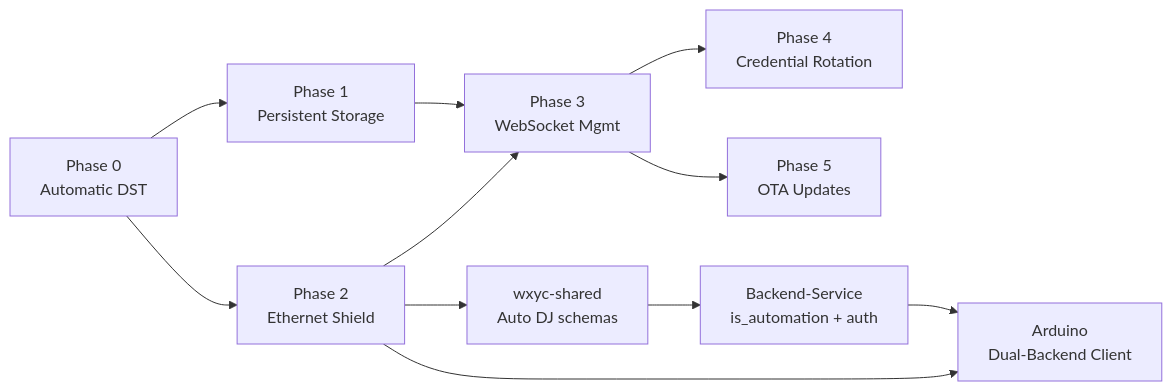
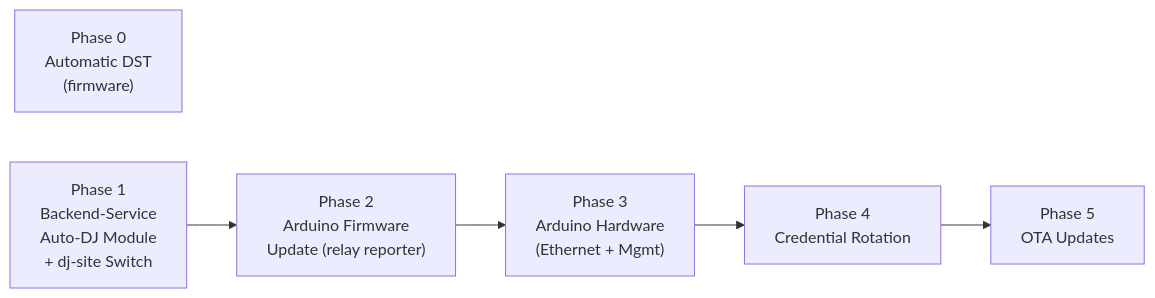
One commit to WXYC/auto-dj-arduino-switch changed diagram 15 of 15 in docs/networking-spec.md. Above: the diagram before and after it, drawn with Mermaid. The commit also changed other lines of this file, not shown here.

First line of the commit message:
Revise networking-spec.md to reflect architecture pivot

````diff
--- a/docs/networking-spec.md
+++ b/docs/networking-spec.md
@@ -2245,13 +2091,19 @@
 ```mermaid
 flowchart LR
-    P0["Phase 0<br>Automatic DST"] --> P1["Phase 1<br>Persistent Storage"]
-    P0 --> P2["Phase 2<br>Ethernet Shield"]
-    P1 --> P3["Phase 3<br>WebSocket Mgmt"]
+    P0["Phase 0<br>Automatic DST<br>(firmware)"]
+
+    P1["Phase 1<br>Backend-Service<br>Auto-DJ Module<br>+ dj-site Switch"]
+
+    P2["Phase 2<br>Arduino Firmware<br>Update (relay reporter)"]
+
+    P3["Phase 3<br>Arduino Hardware<br>(Ethernet + Mgmt)"]
+
+    P4["Phase 4<br>Credential Rotation"]
+
+    P5["Phase 5<br>OTA Updates"]
+
+    P1 --> P2
     P2 --> P3
-    P2 --> WS["wxyc-shared<br>Auto DJ schemas"]
-    WS --> BS["Backend-Service<br>is_automation + auth"]
-    P2 --> DB["Arduino<br>Dual-Backend Client"]
-    BS --> DB
-    P3 --> P4["Phase 4<br>Credential Rotation"]
-    P3 --> P5["Phase 5<br>OTA Updates"]
+    P3 --> P4
+    P4 --> P5
 ```
````
